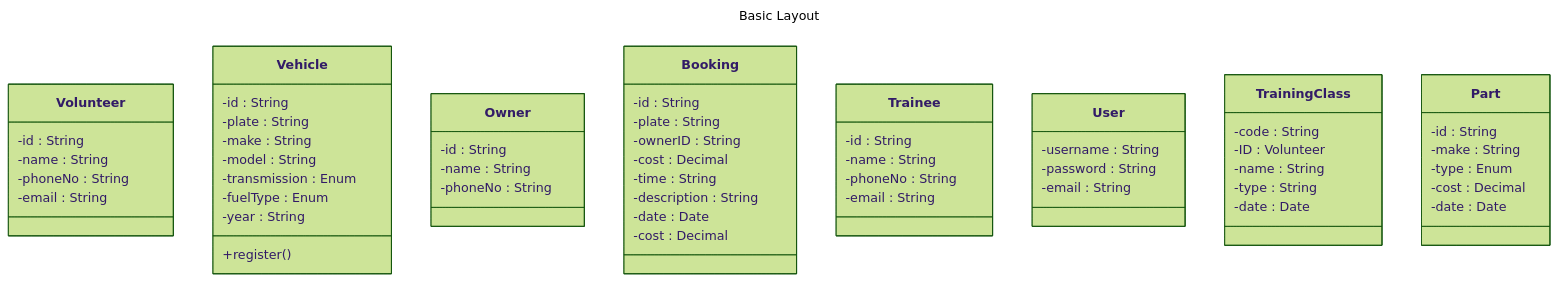
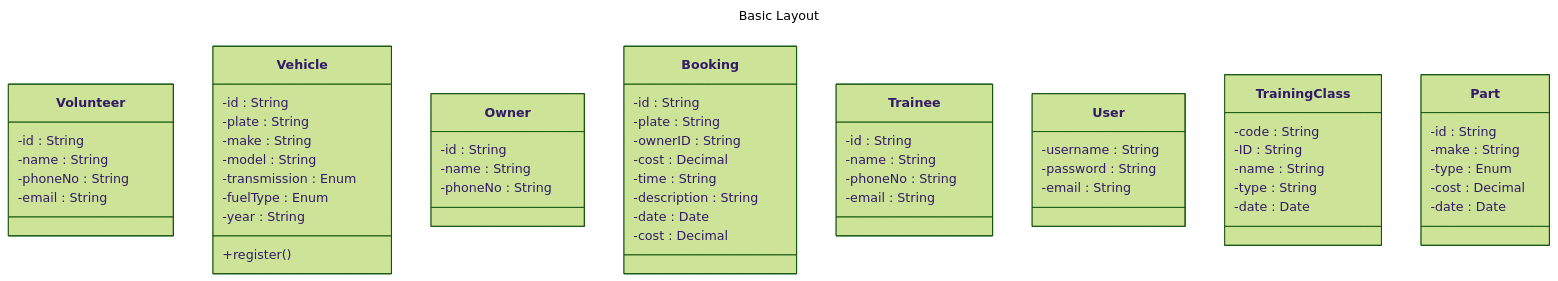
One commit to c3zbucket/advancedprogramming-project changed the diagram in DEVELOPMENT.md. Above: the diagram before and after it, drawn with Mermaid (forest theme). The commit also changed other lines of this file, not shown here.

Commit message:
Append dev diary with initial changes to uml

`````diff
--- a/DEVELOPMENT.md
+++ b/DEVELOPMENT.md
@@ -20,62 +20,62 @@
 ````mermaid
 ---
 title: Basic Layout
 ---
 classDiagram
 	class Volunteer{
 	-id : String
 	-name : String
 	-phoneNo : String
 	-email : String
 	}
 	class Vehicle{
 	-id : String
 	-plate : String
 	-make : String
 	-model : String
 	-transmission : Enum
 	-fuelType : Enum
 	-year : String
 	+register()
 	}
 	class Owner{
 	-id : String
 	-name : String
 	-phoneNo : String
 	}
 	class Booking{
     -id : String
     -plate : String
     -ownerID : String
     -cost : Decimal
     -time : String
     -description : String
     -date : Date
     -cost : Decimal
     }
     class Trainee{
     -id : String
     -name : String
     -phoneNo : String
     -email : String
     }
     class User{
     -username : String
     -password : String
     -email : String
     }
     class TrainingClass{
     -code : String
-    -ID : Volunteer
+    -ID : String
     -name : String
     -type : String
     -date : Date
     }
     class Part {
     -id : String
     -make : String
     -type : Enum
     -cost : Decimal
     -date : Date
     }
 ````
`````
